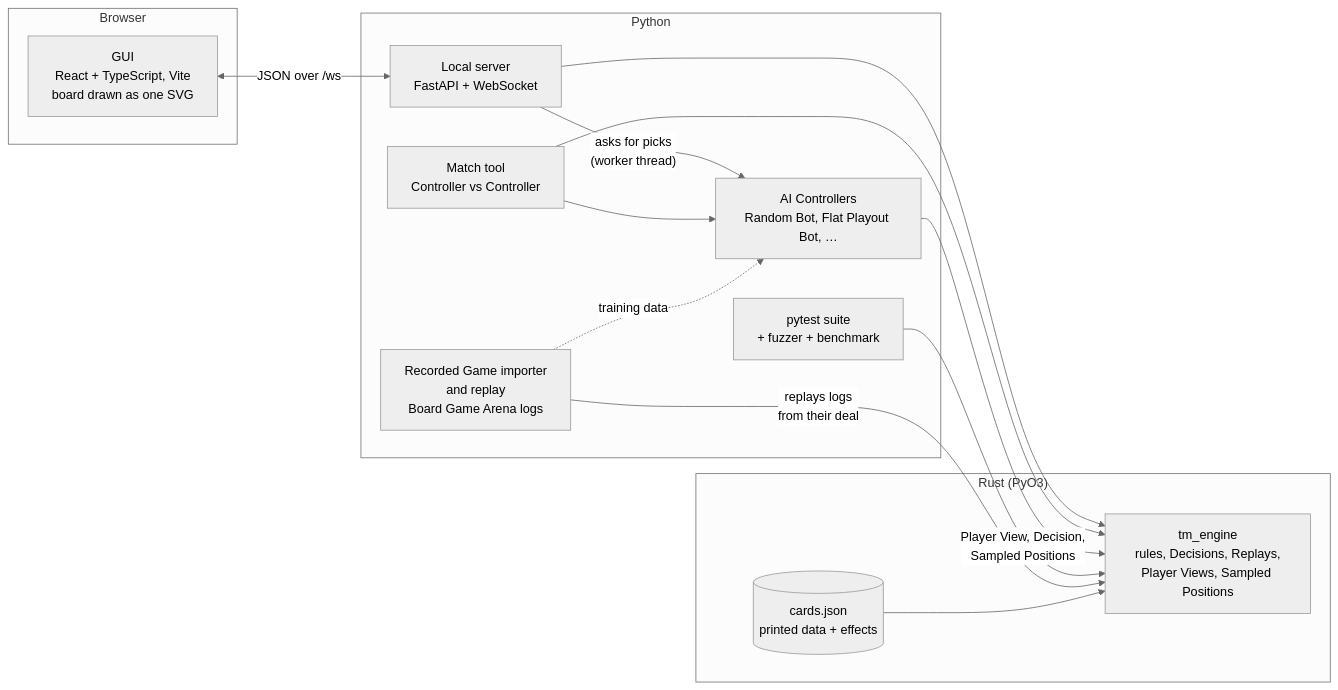
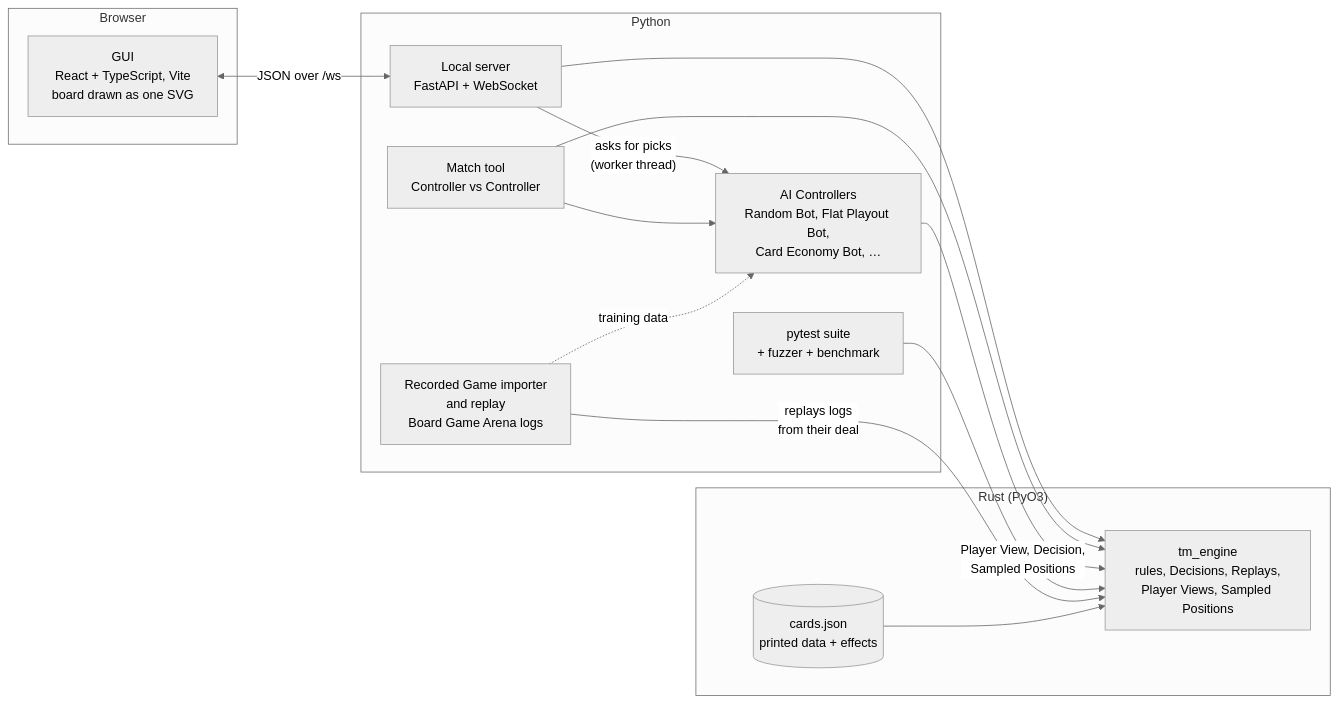
The first of 7 diagrams in README.md (niels32167/tfm-with-bots), drawn with Mermaid (neutral theme) before and after one commit. The commit also changed other lines of this file and 21 other files, not shown here.

First line of the commit message:
Price Options with a fitted Card Economy Bot (ticket 11 of phase 2)

````diff
--- a/README.md
+++ b/README.md
@@ -100,27 +100,27 @@
 ```mermaid
 flowchart LR
     subgraph Browser
         GUI["GUI<br/>React + TypeScript, Vite<br/>board drawn as one SVG"]
     end
     subgraph Python
         Server["Local server<br/>FastAPI + WebSocket"]
-        AI["AI Controllers<br/>Random Bot, Flat Playout Bot, …"]
+        AI["AI Controllers<br/>Random Bot, Flat Playout Bot,<br/>Card Economy Bot, …"]
         Match["Match tool<br/>Controller vs Controller"]
         Tests["pytest suite<br/>+ fuzzer + benchmark"]
         Importer["Recorded Game importer<br/>and replay<br/>Board Game Arena logs"]
     end
     subgraph Rust["Rust (PyO3)"]
         Engine["tm_engine<br/>rules, Decisions, Replays,<br/>Player Views, Sampled Positions"]
         Cards[("cards.json<br/>printed data + effects")]
     end
     GUI <-->|"JSON over /ws"| Server
     Server --> Engine
     Server -->|"asks for picks<br/>(worker thread)"| AI
     Match --> AI
     Match --> Engine
     AI -->|"Player View, Decision,<br/>Sampled Positions"| Engine
     Tests --> Engine
     Importer -->|"replays logs<br/>from their deal"| Engine
     Importer -.->|"training data"| AI
     Cards --> Engine
 ```
````
